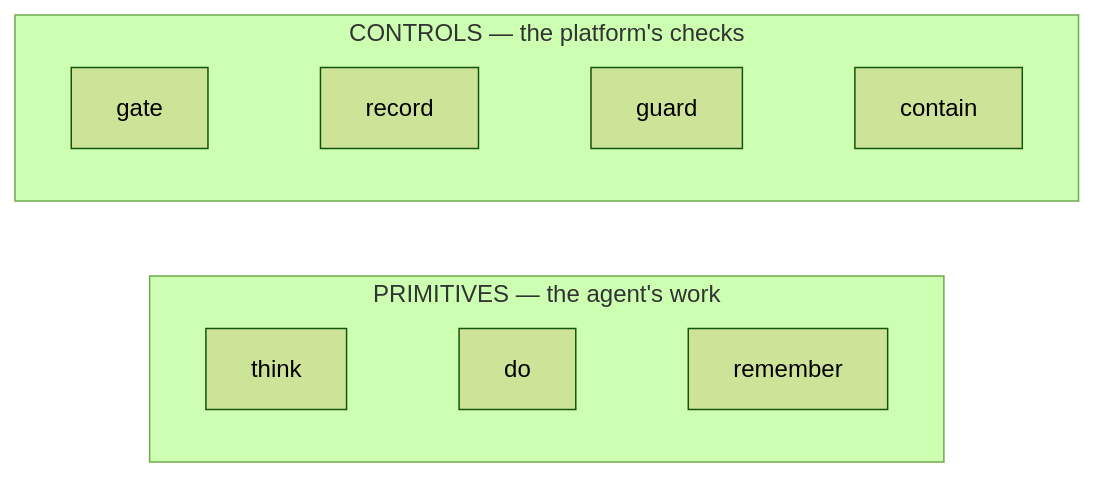
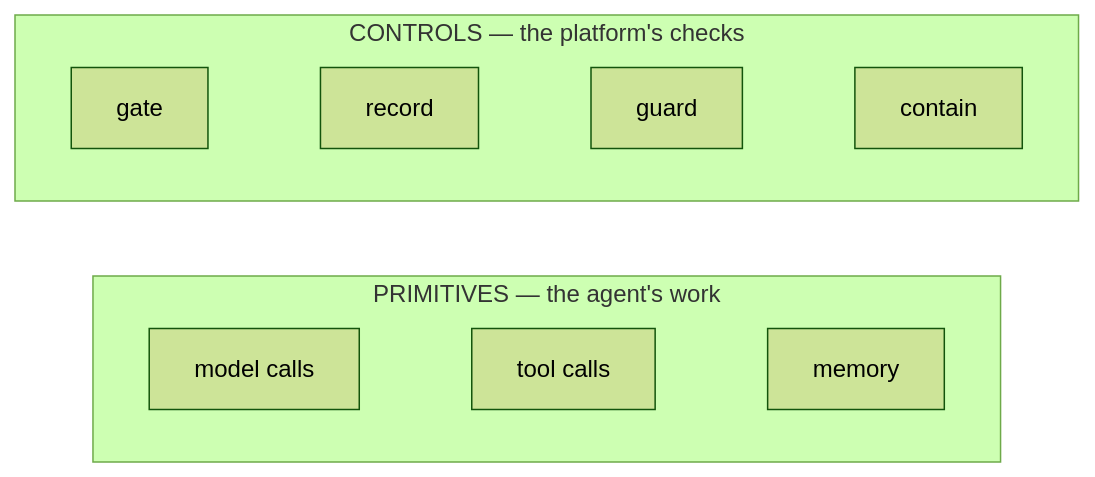
Before and after one commit to tilsley/creance: the sixth of 15 diagrams in docs/stack-slides.md, drawn with Mermaid (forest theme).

Commit message:
docs(slides): align slide 5 primitives wording with slide 4 (model calls / tool calls / memory)

````diff
--- a/docs/stack-slides.md
+++ b/docs/stack-slides.md
@@ -86,11 +86,11 @@
 ```mermaid
 flowchart LR
   subgraph PRIM["PRIMITIVES — the agent's work"]
     direction LR
-    T["think"] ~~~ D["do"] ~~~ Rm["remember"]
+    T["model calls"] ~~~ D["tool calls"] ~~~ Rm["memory"]
   end
   subgraph CTRL["CONTROLS — the platform's checks"]
     direction LR
     G["gate"] ~~~ Rc["record"] ~~~ Gu["guard"] ~~~ Co["contain"]
   end
 ```
````
